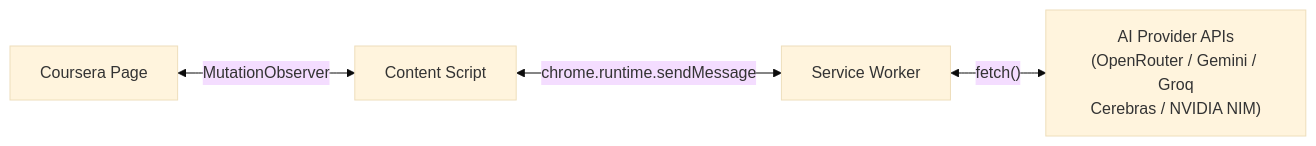
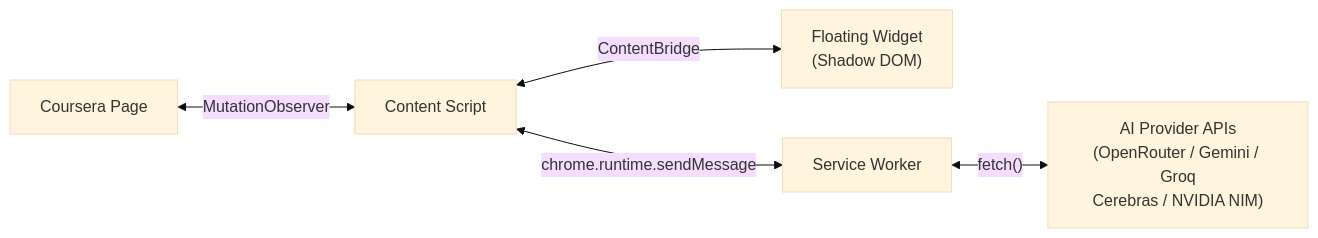
One commit to NICxKMS/auto-coursera changed the diagram in extension/README.md. Above: the diagram before and after it, drawn with Mermaid (base theme). The commit also changed other lines of this file and 116 other files, not shown here.

````diff
--- a/extension/README.md
+++ b/extension/README.md
@@ -104,6 +142,7 @@
 ```mermaid
 flowchart LR
     A["Coursera Page"] <-->|"MutationObserver"| B["Content Script"]
+    B <-->|"ContentBridge"| E["Floating Widget\n(Shadow DOM)"]
     B <-->|"chrome.runtime.sendMessage"| C["Service Worker"]
     C <-->|"fetch()"| D["AI Provider APIs\n(OpenRouter / Gemini / Groq\nCerebras / NVIDIA NIM)"]
 ```
````
